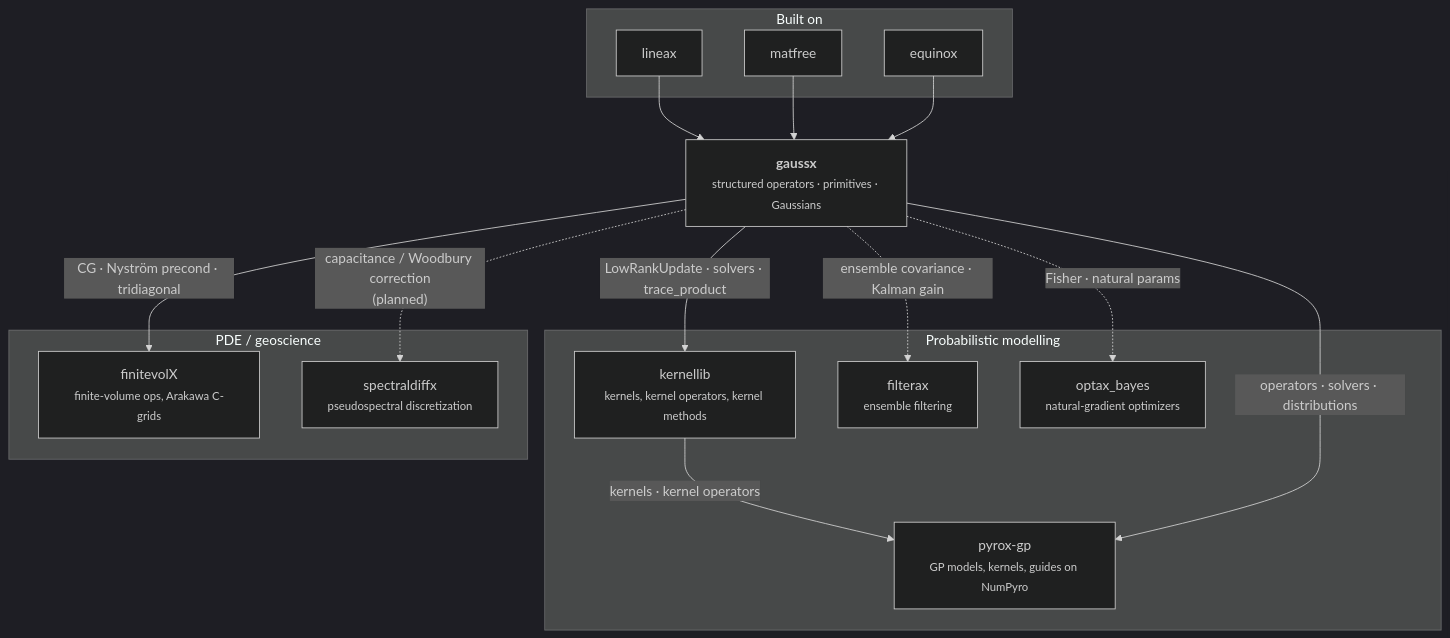
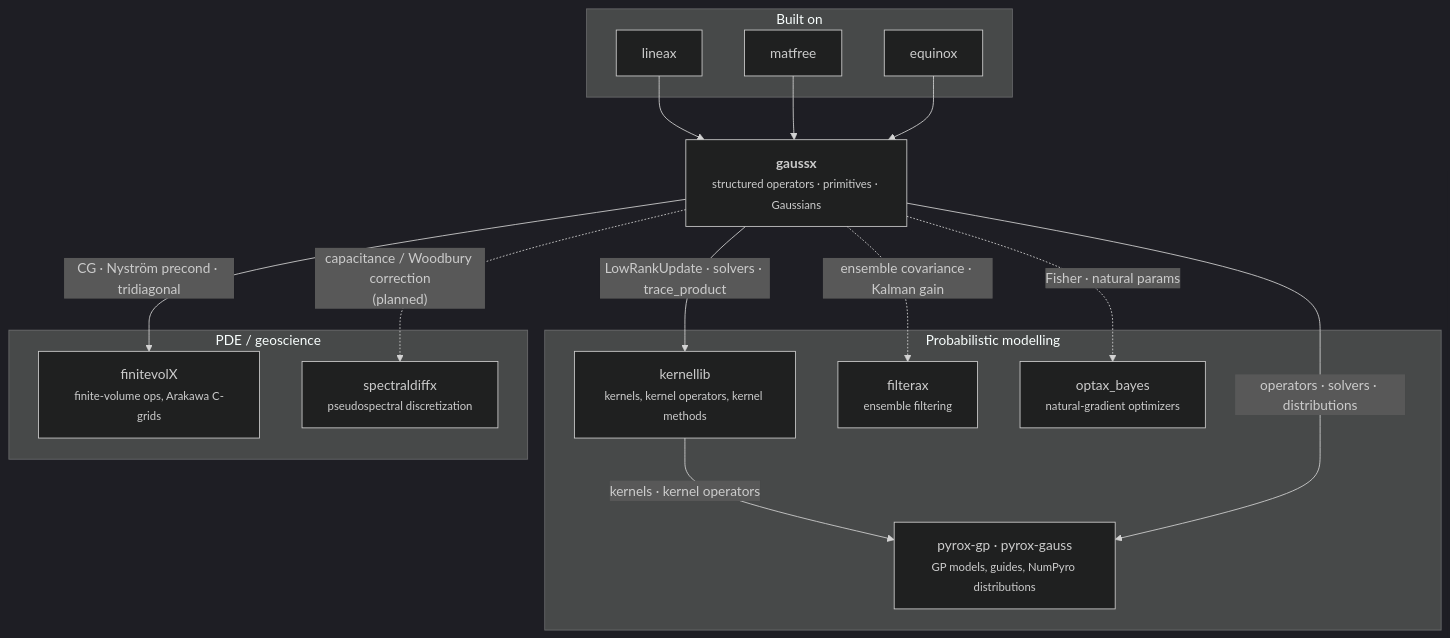
The seventh of 7 diagrams in docs/architecture.md (jejjohnson/gaussx), drawn with Mermaid (dark theme) before and after one commit. The commit also changed other lines of this file and 74 other files, not shown here.

First line of the commit message:
refactor(distributions)!: the NumPyro distributions leave gaussx for pyrox-gauss

````diff
--- a/docs/architecture.md
+++ b/docs/architecture.md
@@ -551,44 +543,44 @@
 ```mermaid
 flowchart TB
     subgraph UP["Built on"]
         LINEAX["lineax"]
         MATFREE["matfree"]
         EQX["equinox"]
     end
 
     GX["<b>gaussx</b><br/><small>structured operators · primitives · Gaussians</small>"]
 
     subgraph PROB["Probabilistic modelling"]
         KL["kernellib<br/><small>kernels, kernel operators, kernel methods</small>"]
-        PYROX["pyrox-gp<br/><small>GP models, kernels, guides on NumPyro</small>"]
+        PYROX["pyrox-gp · pyrox-gauss<br/><small>GP models, guides, NumPyro distributions</small>"]
         FILTERAX["filterax<br/><small>ensemble filtering</small>"]
         OPTAXB["optax_bayes<br/><small>natural-gradient optimizers</small>"]
     end
 
     subgraph PDE["PDE / geoscience"]
         FVX["finitevolX<br/><small>finite-volume ops, Arakawa C-grids</small>"]
         SDX["spectraldiffx<br/><small>pseudospectral discretization</small>"]
     end
 
     LINEAX --> GX
     MATFREE --> GX
     EQX --> GX
 
     GX -->|"LowRankUpdate · solvers · trace_product"| KL
     KL -->|"kernels · kernel operators"| PYROX
     GX -->|"operators · solvers · distributions"| PYROX
     GX -.->|"ensemble covariance · Kalman gain"| FILTERAX
     GX -.->|"Fisher · natural params"| OPTAXB
     GX -->|"CG · Nyström precond · tridiagonal"| FVX
     GX -.->|"capacitance / Woodbury correction<br/>(planned)"| SDX
 
     click LINEAX "https://github.com/patrick-kidger/lineax" _blank
     click MATFREE "https://github.com/pnkraemer/matfree" _blank
     click EQX "https://github.com/patrick-kidger/equinox" _blank
     click KL "https://github.com/jejjohnson/kernellib" _blank
     click PYROX "https://github.com/jejjohnson/pyrox" _blank
     click FILTERAX "https://github.com/jejjohnson/filterax" _blank
     click OPTAXB "https://github.com/jejjohnson/optax_bayes" _blank
     click FVX "https://github.com/jejjohnson/finitevolX" _blank
     click SDX "https://github.com/jejjohnson/spectraldiffx" _blank
 ```
````
